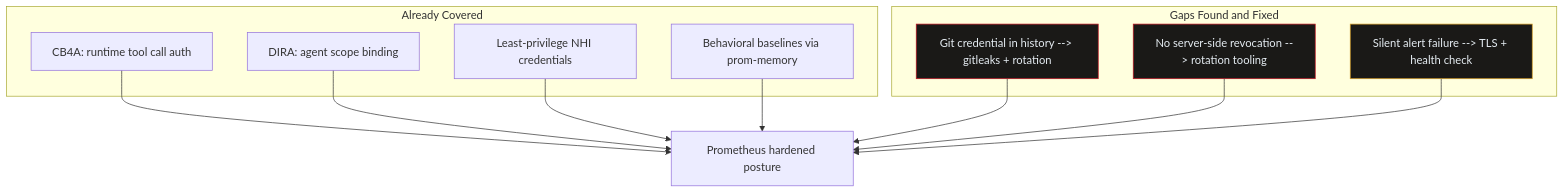
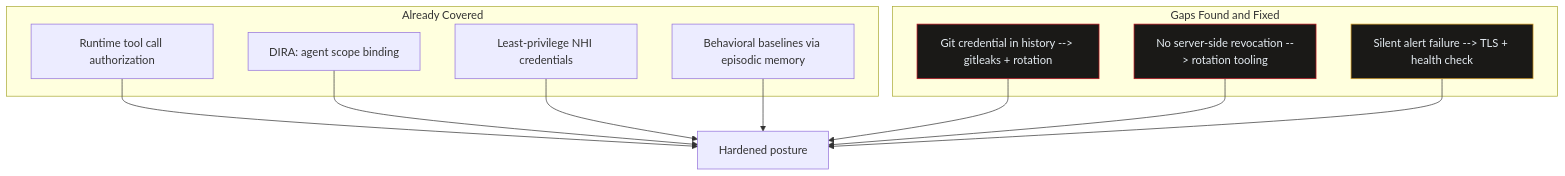
The second of 2 diagrams in src/content/analysis/loud-breach.mdx (CyberdaemonAI/cyberdaemon-site), drawn with Mermaid before and after one commit. The commit also changed other lines of this file and 1 other file, not shown here.

````diff
--- a/src/content/analysis/loud-breach.mdx
+++ b/src/content/analysis/loud-breach.mdx
@@ -188,24 +188,24 @@
 ```mermaid
 graph TD
     subgraph "Already Covered"
-        CB4A["CB4A: runtime tool call auth"]
+        AUTH["Runtime tool call authorization"]
         DIRA["DIRA: agent scope binding"]
         LSP["Least-privilege NHI credentials"]
-        BL["Behavioral baselines via prom-memory"]
+        BL["Behavioral baselines via episodic memory"]
     end
     subgraph "Gaps Found and Fixed"
         GIT["Git credential in history --> gitleaks + rotation"]
         REV["No server-side revocation --> rotation tooling"]
-        ZULIP["Silent alert failure --> TLS + health check"]
+        ALERT["Silent alert failure --> TLS + health check"]
     end
-    CB4A --> SAFE["Prometheus hardened posture"]
+    AUTH --> SAFE["Hardened posture"]
     DIRA --> SAFE
     LSP --> SAFE
     BL --> SAFE
     GIT --> SAFE
     REV --> SAFE
-    ZULIP --> SAFE
+    ALERT --> SAFE
     style GIT fill:#1a1917,stroke:#C1121F,color:#E6EDF3
     style REV fill:#1a1917,stroke:#C1121F,color:#E6EDF3
-    style ZULIP fill:#1a1917,stroke:#D29922,color:#E6EDF3
+    style ALERT fill:#1a1917,stroke:#D29922,color:#E6EDF3
 ```
````
